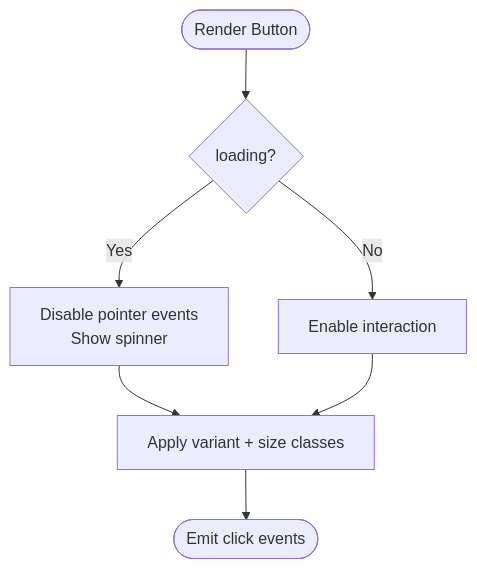
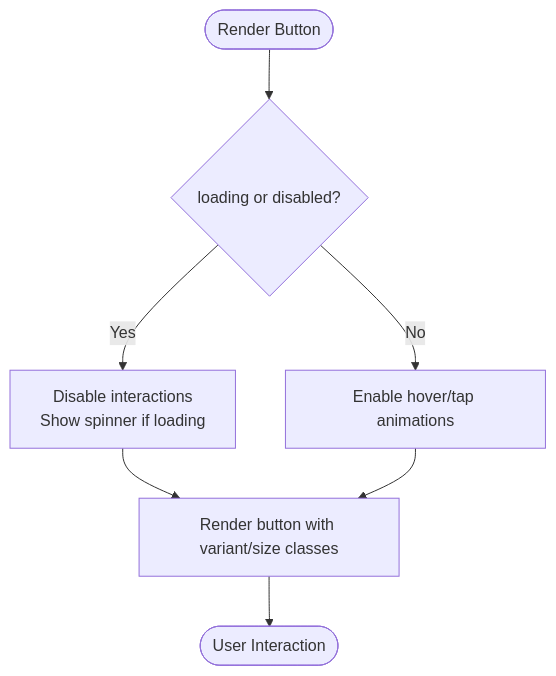
One commit to Daniiyal-creates/MedAce-AI changed the third of 9 diagrams in .qoder/repowiki/en/content/Component Library/Component Library.md. Above: the diagram before and after it, drawn with Mermaid. The commit also changed other lines of this file and 159 other files, not shown here.

````diff
--- a/.qoder/repowiki/en/content/Component Library/Component Library.md
+++ b/.qoder/repowiki/en/content/Component Library/Component Library.md
@@ -194,9 +237,9 @@
 ```mermaid
 flowchart TD
-Start(["Render Button"]) --> CheckLoading{"loading?"}
-CheckLoading --> |Yes| Disable["Disable pointer events<br/>Show spinner"]
-CheckLoading --> |No| Enable["Enable interaction"]
-Disable --> ApplyStyles["Apply variant + size classes"]
-Enable --> ApplyStyles
-ApplyStyles --> End(["Emit click events"])
+Start(["Render Button"]) --> CheckState{"loading or disabled?"}
+CheckState --> |Yes| Disable["Disable interactions<br/>Show spinner if loading"]
+CheckState --> |No| Enable["Enable hover/tap animations"]
+Disable --> Render["Render button with variant/size classes"]
+Enable --> Render
+Render --> End(["User Interaction"])
 ```
````
